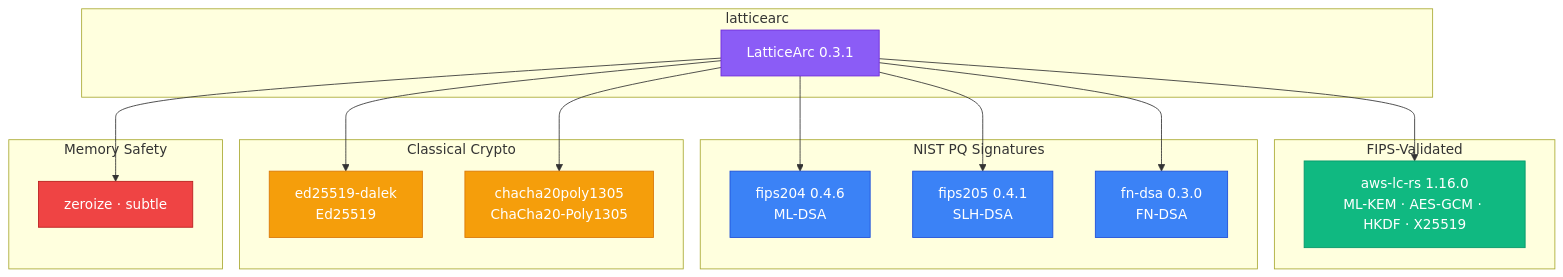
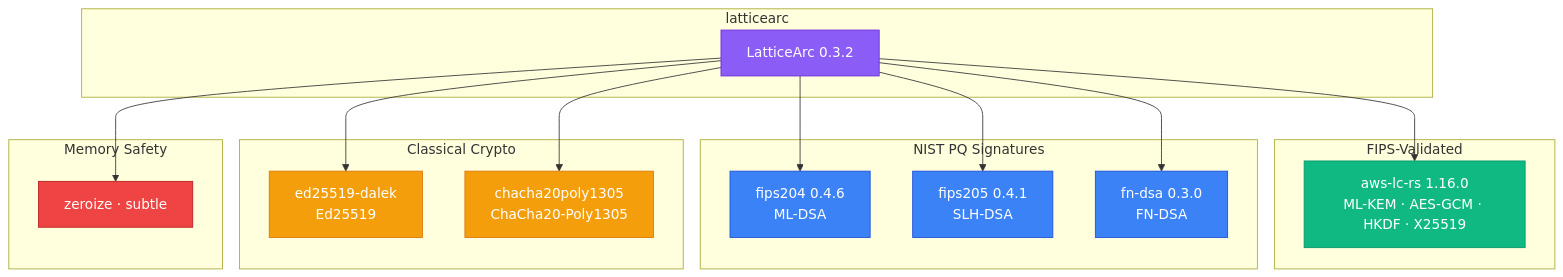
Before and after one commit to LatticeArc/latticearc: the diagram in docs/DEPENDENCY_JUSTIFICATION.md, drawn with Mermaid. The commit also changed other lines of this file and 10 other files, not shown here.

````diff
--- a/docs/DEPENDENCY_JUSTIFICATION.md
+++ b/docs/DEPENDENCY_JUSTIFICATION.md
@@ -12,45 +12,45 @@
 ```mermaid
 flowchart TB
     subgraph "latticearc"
-        LA[LatticeArc 0.3.1]
+        LA[LatticeArc 0.3.2]
     end
 
     subgraph "FIPS-Validated"
         AWSLC["aws-lc-rs 1.16.0\nML-KEM · AES-GCM · HKDF · X25519"]
     end
 
     subgraph "NIST PQ Signatures"
         F204["fips204 0.4.6\nML-DSA"]
         F205["fips205 0.4.1\nSLH-DSA"]
         FNDSA["fn-dsa 0.3.0\nFN-DSA"]
     end
 
     subgraph "Classical Crypto"
         DALEK["ed25519-dalek\nEd25519"]
         CHA["chacha20poly1305\nChaCha20-Poly1305"]
     end
 
     subgraph "Memory Safety"
         ZERO["zeroize · subtle"]
     end
 
     LA --> AWSLC
     LA --> F204
     LA --> F205
     LA --> FNDSA
     LA --> DALEK
     LA --> CHA
     LA --> ZERO
 
     classDef main fill:#8b5cf6,stroke:#6d28d9,color:#fff
     classDef fips fill:#10b981,stroke:#059669,color:#fff
     classDef nist fill:#3b82f6,stroke:#1d4ed8,color:#fff
     classDef cl fill:#f59e0b,stroke:#d97706,color:#fff
     classDef safety fill:#ef4444,stroke:#b91c1c,color:#fff
 
     class LA main
     class AWSLC fips
     class F204,F205,FNDSA nist
     class DALEK,CHA cl
     class ZERO safety
 ```
````
